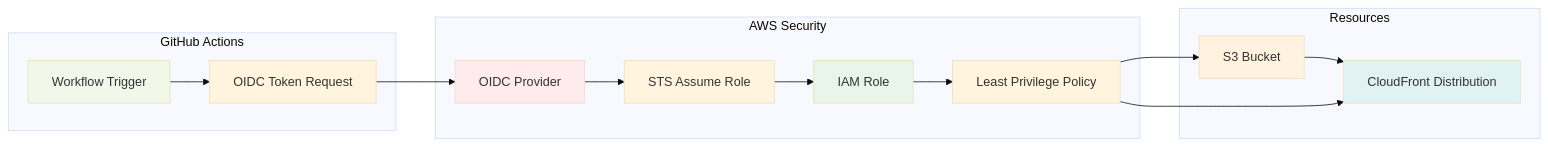
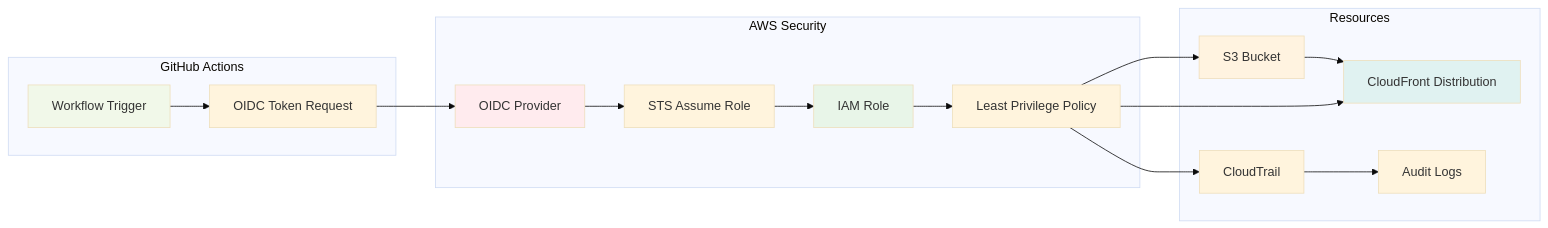
The fourth of 6 diagrams in README.md (RyanPatty/DevOps), drawn with Mermaid (base theme) before and after one commit. The commit also changed other lines of this file, not shown here.

````diff
--- a/README.md
+++ b/README.md
@@ -184,26 +219,28 @@
 ```mermaid
 graph LR
     subgraph "GitHub Actions"
         A[Workflow Trigger] --> B[OIDC Token Request]
     end
     
     subgraph "AWS Security"
         C[OIDC Provider] --> D[STS Assume Role]
         D --> E[IAM Role]
         E --> F[Least Privilege Policy]
     end
     
     subgraph "Resources"
         G[S3 Bucket] --> H[CloudFront Distribution]
+        I[CloudTrail] --> J[Audit Logs]
     end
     
     B --> C
     F --> G
     F --> H
+    F --> I
     
     style A fill:#f1f8e9
     style C fill:#ffebee
     style E fill:#e8f5e8
     style G fill:#fff3e0
     style H fill:#e0f2f1
 ```
````
